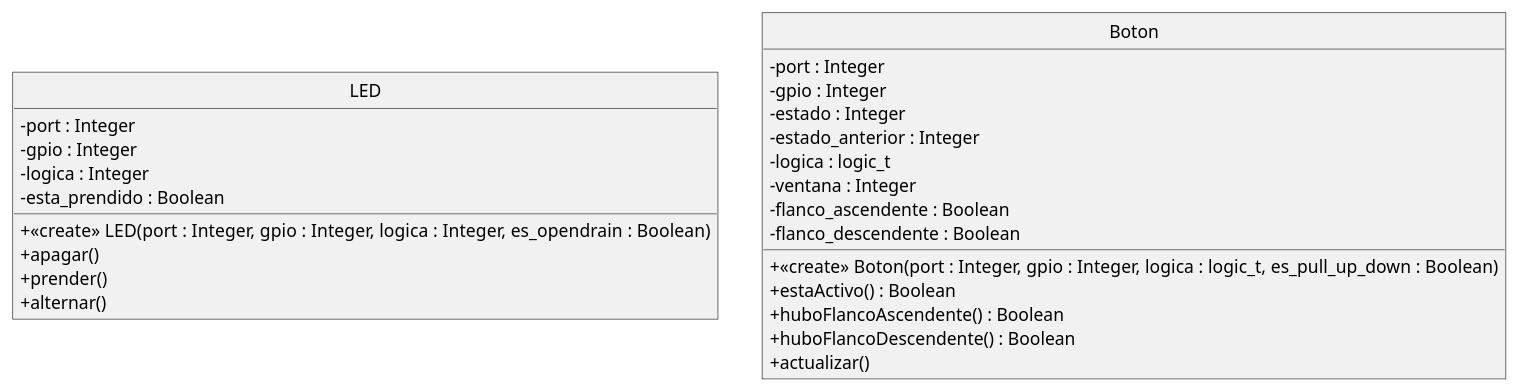
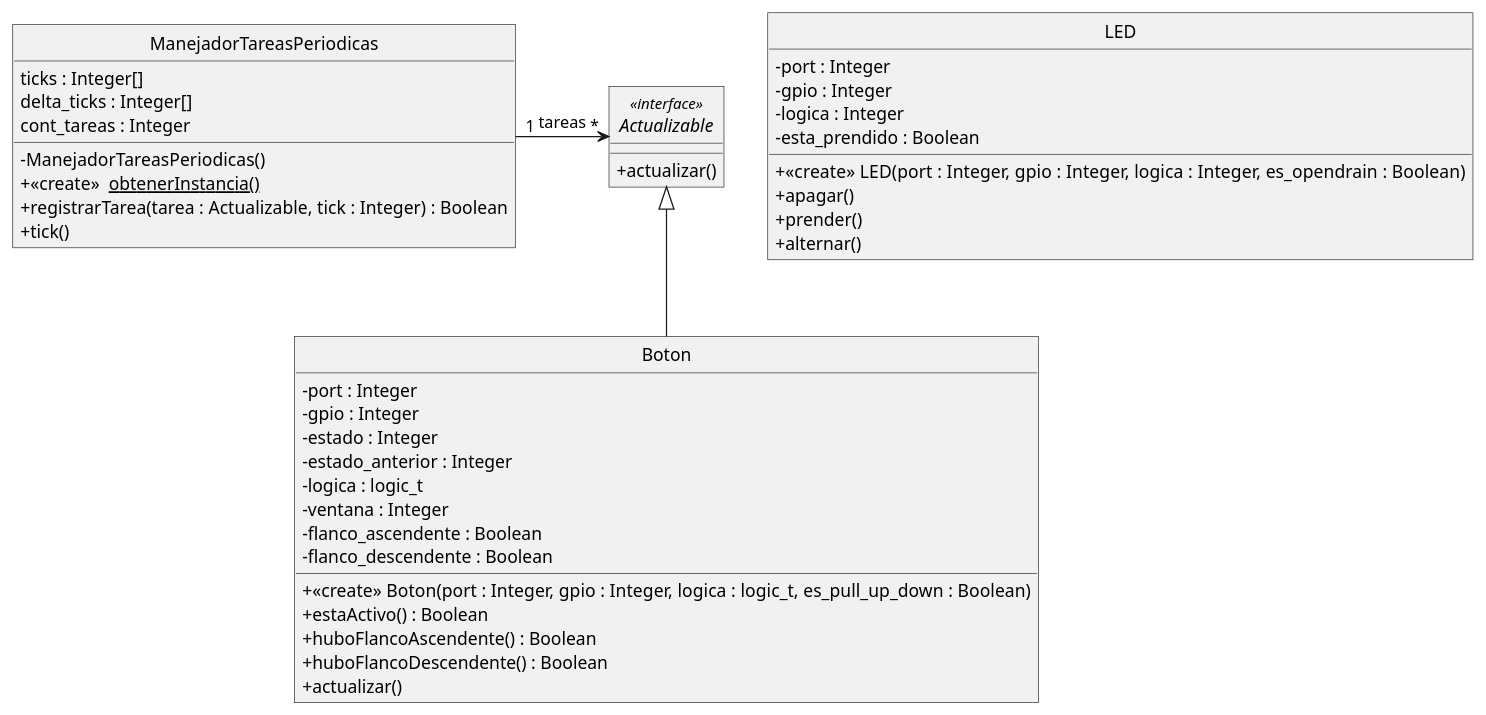
One commit to tute-avalos/antirebote-ventana-libopencm3 changed the diagram in img/class-diagram.puml. Above: the diagram before and after it, drawn with PlantUML. The commit also changed 9 other files, not shown here.

```diff
--- a/img/class-diagram.puml
+++ b/img/class-diagram.puml
@@ -1,36 +1,52 @@
 @startuml diagrama-clases
 hide circle
 skinparam classAttributeIconSize 0
 skinparam backgroundColor transparent
 skinparam monochrome true
 skinparam shadowing false
 skinparam roundcorner 0
 
 Class LED {
   - port : Integer
   - gpio : Integer
   - logica : Integer
   - esta_prendido : Boolean
   + <<create>> LED(port : Integer, gpio : Integer, logica : Integer, es_opendrain : Boolean)
   + apagar()
   + prender()
   + alternar()
 }
 
+Interface Actualizable <<interface>> {
+  + actualizar()
+}
+
 Class Boton {
   - port : Integer
   - gpio : Integer
   - estado : Integer
   - estado_anterior : Integer
   - logica : logic_t
   - ventana : Integer
   - flanco_ascendente : Boolean
   - flanco_descendente : Boolean
   + <<create>> Boton(port : Integer, gpio : Integer, logica : logic_t, es_pull_up_down : Boolean)
   + estaActivo() : Boolean
   + huboFlancoAscendente() : Boolean
   + huboFlancoDescendente() : Boolean
   + actualizar()
 }
 
+Class ManejadorTareasPeriodicas {
+  ticks : Integer[]
+  delta_ticks : Integer[]
+  cont_tareas : Integer
+  - ManejadorTareasPeriodicas()
+  + <<create>> <u> obtenerInstancia()</u>
+  + registrarTarea(tarea : Actualizable, tick : Integer) : Boolean
+  + tick()
+}
+
+Actualizable <|-- Boton
+ManejadorTareasPeriodicas "1" -> "*" Actualizable : tareas
 @enduml
```
